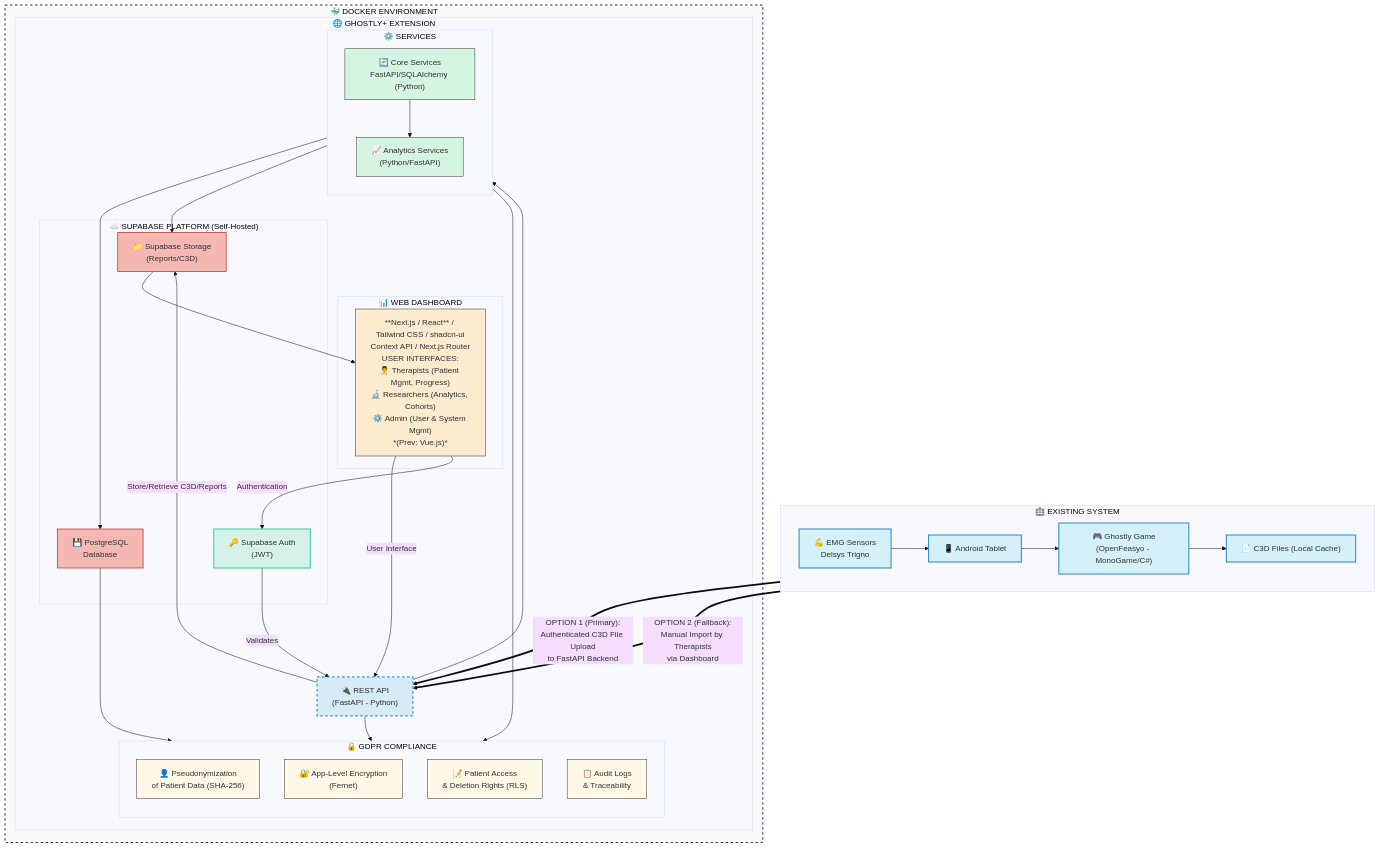
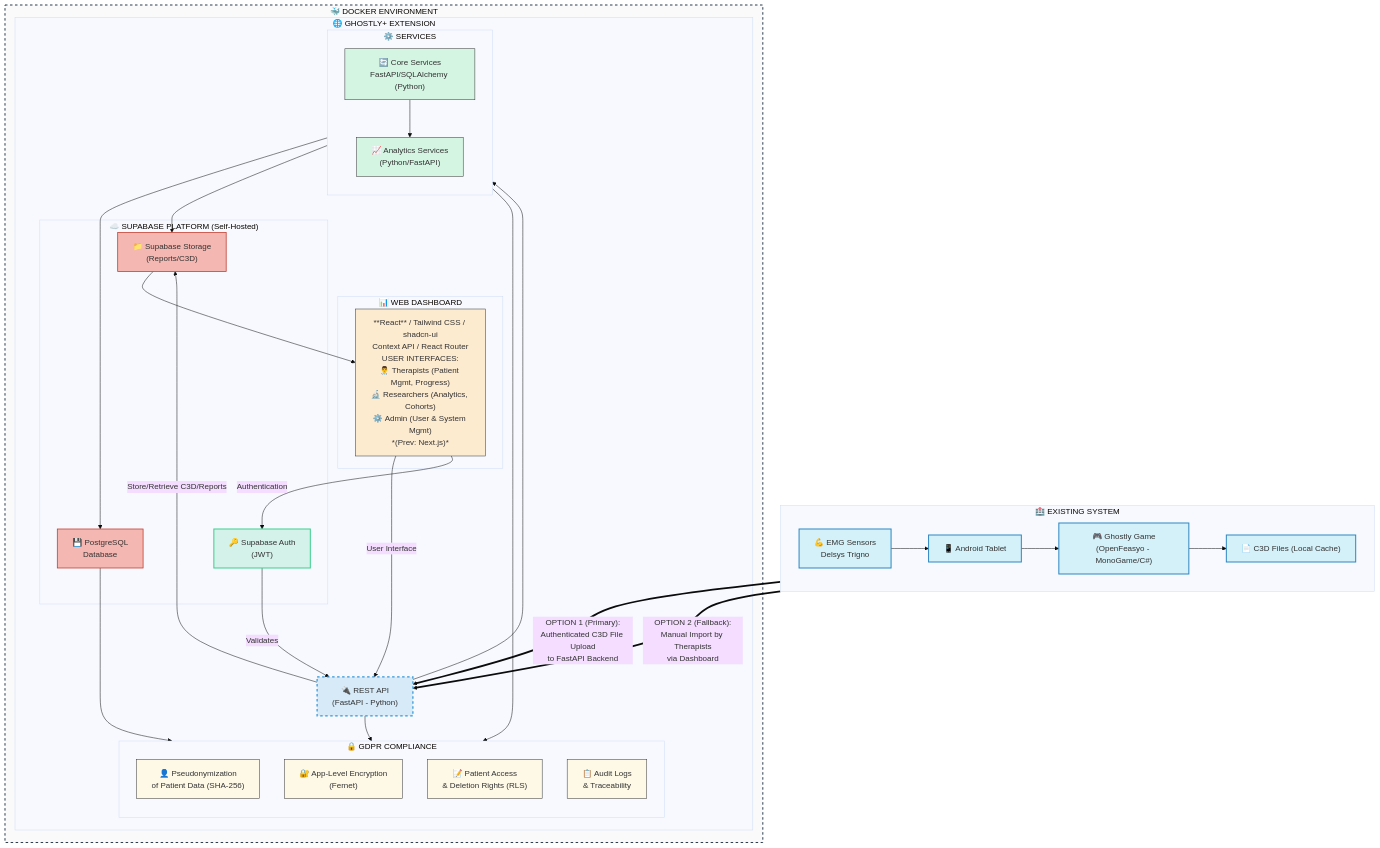
The diagram in memory-bank/systemPatterns.md (ggustin93/ghostly-plus-dashboard), drawn with Mermaid (base theme) before and after one commit. The commit also changed other lines of this file and 5 other files, not shown here.

```diff
--- a/memory-bank/systemPatterns.md
+++ b/memory-bank/systemPatterns.md
@@ -47,7 +51,7 @@
     subgraph DockerEnv["🐳 DOCKER ENVIRONMENT"]
         subgraph NewSystem["🌐 GHOSTLY+ EXTENSION"]
             subgraph UserDashboard["📊 WEB DASHBOARD"]
-                Dashboard["**Next.js / React** / Tailwind CSS / shadcn-ui<br>Context API / Next.js Router<br>USER INTERFACES:<br>👨‍⚕️ Therapists (Patient Mgmt, Progress)<br>🔬 Researchers (Analytics, Cohorts)<br>⚙️ Admin (User & System Mgmt)<br>*(Prev: Vue.js)*"]:::frontend
+                Dashboard["**React** / Tailwind CSS / shadcn-ui<br>Context API / React Router<br>USER INTERFACES:<br>👨‍⚕️ Therapists (Patient Mgmt, Progress)<br>🔬 Researchers (Analytics, Cohorts)<br>⚙️ Admin (User & System Mgmt)<br>*(Prev: Next.js)*"]:::frontend
             end
             
             API["🔌 REST API<br>(FastAPI - Python)"]:::api
```
